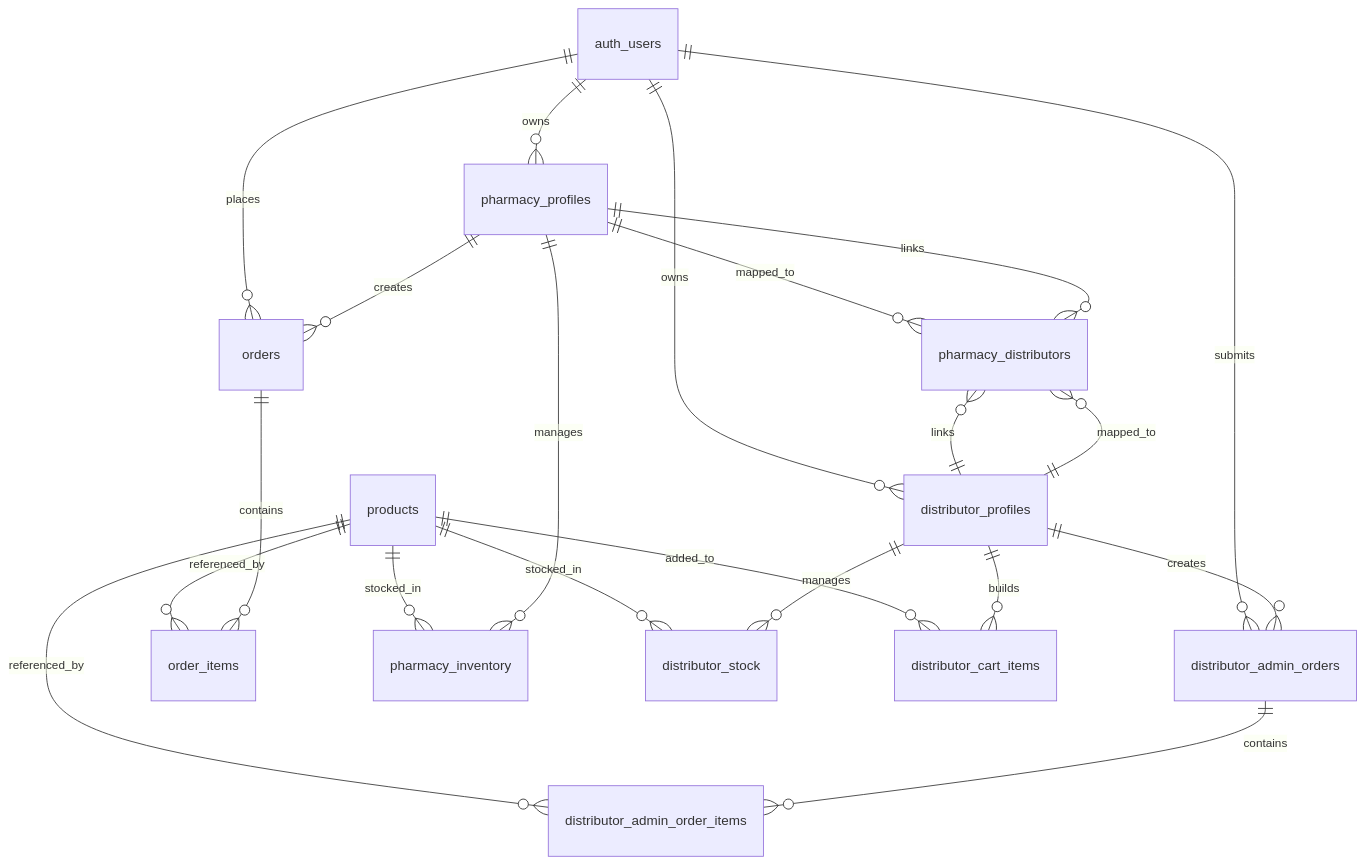
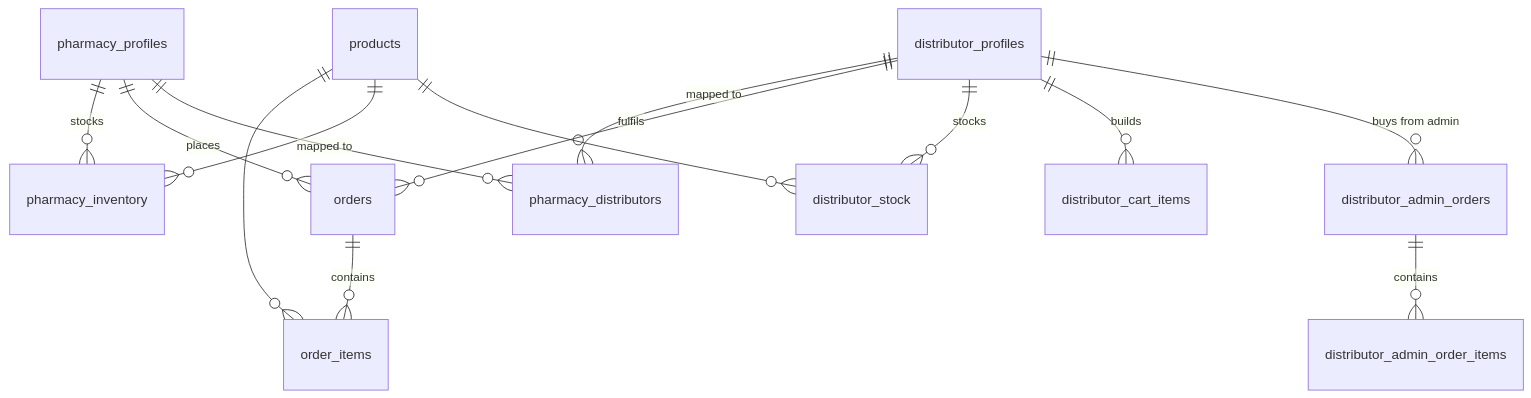
The second of 2 diagrams in README.md (adriennie/swasth-app), drawn with Mermaid before and after one commit. The commit also changed other lines of this file and 140 other files, not shown here.

````diff
--- a/README.md
+++ b/README.md
@@ -61,28 +118,16 @@
 ```mermaid
 erDiagram
-  auth_users ||--o{ orders : places
-  auth_users ||--o{ distributor_admin_orders : submits
-  auth_users ||--o{ pharmacy_profiles : owns
-  auth_users ||--o{ distributor_profiles : owns
-
-  products ||--o{ order_items : referenced_by
-  products ||--o{ distributor_admin_order_items : referenced_by
-  products ||--o{ pharmacy_inventory : stocked_in
-  products ||--o{ distributor_stock : stocked_in
-  products ||--o{ distributor_cart_items : added_to
-
-  orders ||--o{ order_items : contains
-  distributor_admin_orders ||--o{ distributor_admin_order_items : contains
-
-  pharmacy_profiles ||--o{ pharmacy_inventory : manages
-  pharmacy_profiles ||--o{ orders : creates
-  pharmacy_profiles ||--o{ pharmacy_distributors : mapped_to
-
-  distributor_profiles ||--o{ distributor_stock : manages
-  distributor_profiles ||--o{ distributor_cart_items : builds
-  distributor_profiles ||--o{ distributor_admin_orders : creates
-  distributor_profiles ||--o{ pharmacy_distributors : mapped_to
-
-  pharmacy_distributors }o--|| pharmacy_profiles : links
-  pharmacy_distributors }o--|| distributor_profiles : links
+    pharmacy_profiles ||--o{ pharmacy_inventory : stocks
+    pharmacy_profiles ||--o{ orders : places
+    pharmacy_profiles ||--o{ pharmacy_distributors : "mapped to"
+    distributor_profiles ||--o{ pharmacy_distributors : "mapped to"
+    distributor_profiles ||--o{ orders : fulfils
+    distributor_profiles ||--o{ distributor_stock : stocks
+    distributor_profiles ||--o{ distributor_cart_items : builds
+    distributor_profiles ||--o{ distributor_admin_orders : "buys from admin"
+    orders ||--o{ order_items : contains
+    distributor_admin_orders ||--o{ distributor_admin_order_items : contains
+    products ||--o{ order_items : ""
+    products ||--o{ pharmacy_inventory : ""
+    products ||--o{ distributor_stock : ""
 ```
````
